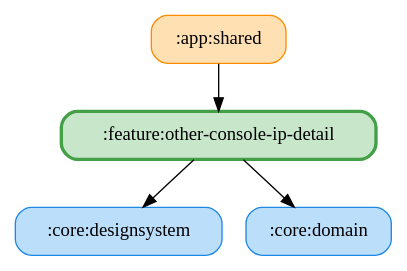
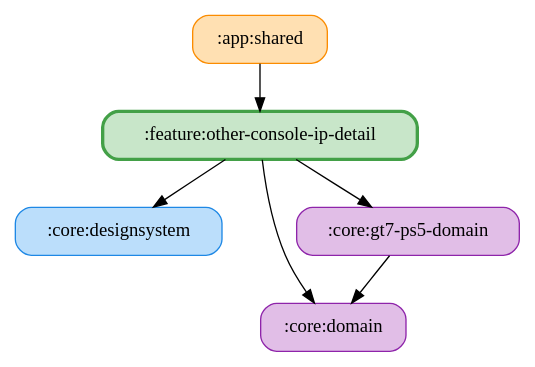
One commit to ai-kurou/KoDriver changed the diagram in docs/graphs/feature-other-console-ip-detail.gv. Above: the diagram before and after it, drawn with Graphviz. The commit also changed 898 other files, not shown here.

Commit message:
:core:domain をシミュレーター別のドメインモジュールに分割する(LMU・ACE・GT7) (#2411)

```diff
--- a/docs/graphs/feature-other-console-ip-detail.gv
+++ b/docs/graphs/feature-other-console-ip-detail.gv
@@ -1,11 +1,14 @@
 digraph G {
   rankdir=TB
   node [shape=box, style="rounded,filled"]
   ":app:shared" [fillcolor="#FFE0B2", color="#FB8C00", penwidth=1]
   ":core:designsystem" [fillcolor="#BBDEFB", color="#1E88E5", penwidth=1]
-  ":core:domain" [fillcolor="#BBDEFB", color="#1E88E5", penwidth=1]
+  ":core:domain" [fillcolor="#E1BEE7", color="#8E24AA", penwidth=1]
+  ":core:gt7-ps5-domain" [fillcolor="#E1BEE7", color="#8E24AA", penwidth=1]
   ":feature:other-console-ip-detail" [fillcolor="#C8E6C9", color="#43A047", penwidth=2.5]
   ":app:shared" -> ":feature:other-console-ip-detail"
+  ":core:gt7-ps5-domain" -> ":core:domain"
   ":feature:other-console-ip-detail" -> ":core:domain"
+  ":feature:other-console-ip-detail" -> ":core:gt7-ps5-domain"
   ":feature:other-console-ip-detail" -> ":core:designsystem"
 }
```
